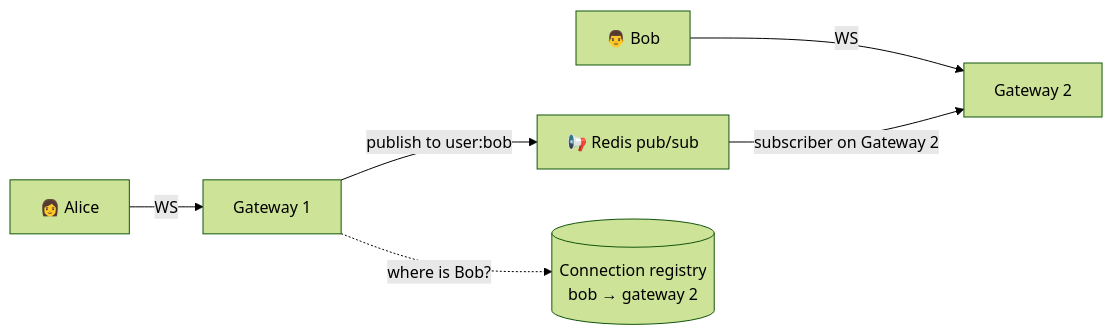
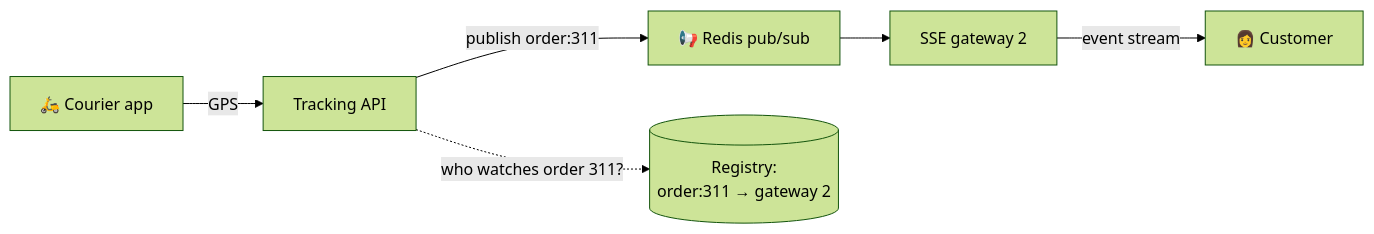
One commit to winnyboy5/System-Design-from-Atoms changed the second of 2 diagrams in phases/02-networking/016-real-time-communication.md. Above: the diagram before and after it, drawn with Mermaid (forest theme). The commit also changed other lines of this file and 7 other files, not shown here.

````diff
--- a/phases/02-networking/016-real-time-communication.md
+++ b/phases/02-networking/016-real-time-communication.md
@@ -83,8 +87,8 @@
 ```mermaid
 flowchart LR
-    A["👩 Alice"] -- WS --> G1["Gateway 1"]
-    B["👨 Bob"] -- WS --> G2["Gateway 2"]
-    G1 -->|"publish to user:bob"| PS["📢 Redis pub/sub"]
-    PS -->|"subscriber on Gateway 2"| G2
-    G1 -.->|"where is Bob?"| REG[("Connection registry<br/>bob → gateway 2")]
+    CR["🛵 Courier app"] -->|"GPS"| API["Tracking API"]
+    API -->|"publish order:311"| PS["📢 Redis pub/sub"]
+    PS --> G2["SSE gateway 2"]
+    G2 -- "event stream" --> CU["👩 Customer"]
+    API -.->|"who watches order 311?"| REG[("Registry:<br/>order:311 → gateway 2")]
 ```
````
